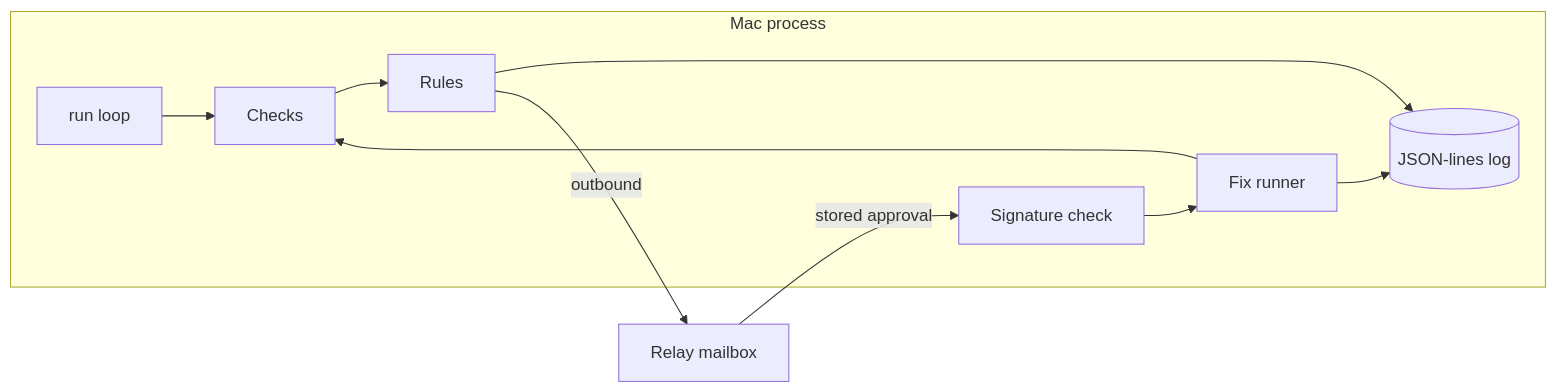
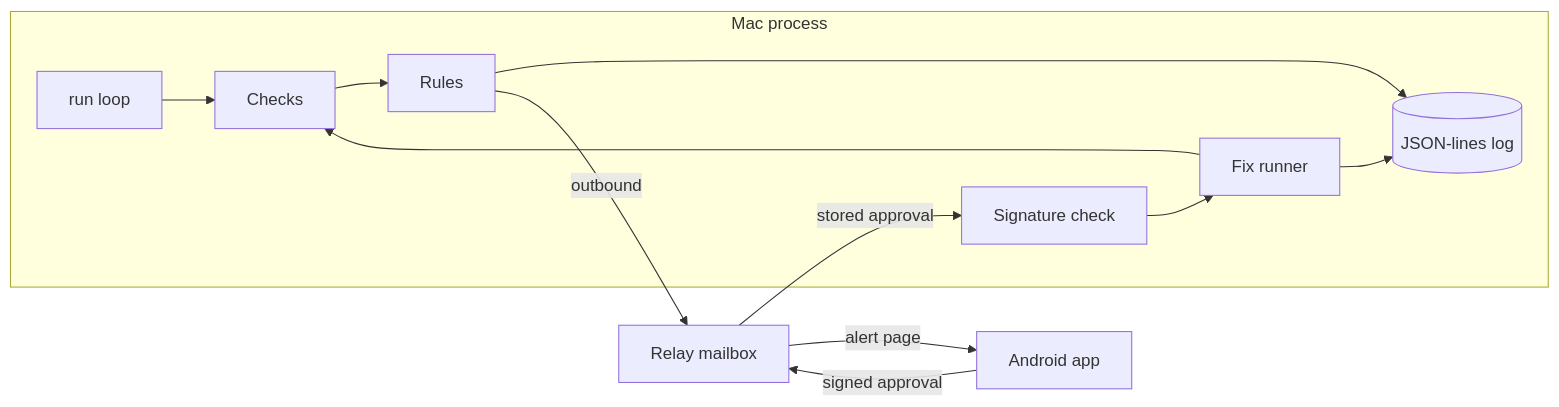
The diagram in README.md (ZeroCool0388/daemon-doctor), drawn with Mermaid before and after one commit. The commit also changed other lines of this file and 29 other files, not shown here.

First line of the commit message:
Add the Android app for pairing, alerts, and signed approvals.

````diff
--- a/README.md
+++ b/README.md
@@ -27,13 +33,15 @@
 ```mermaid
 flowchart LR
   subgraph Local["Mac process"]
     S[run loop] --> C[Checks]
     C --> R[Rules]
     R --> L[(JSON-lines log)]
     V[Signature check] --> F[Fix runner]
     F --> C
     F --> L
   end
   R -- outbound --> W[Relay mailbox]
   W -- stored approval --> V
+  Ph[Android app] -- signed approval --> W
+  W -- alert page --> Ph
 ```
````
